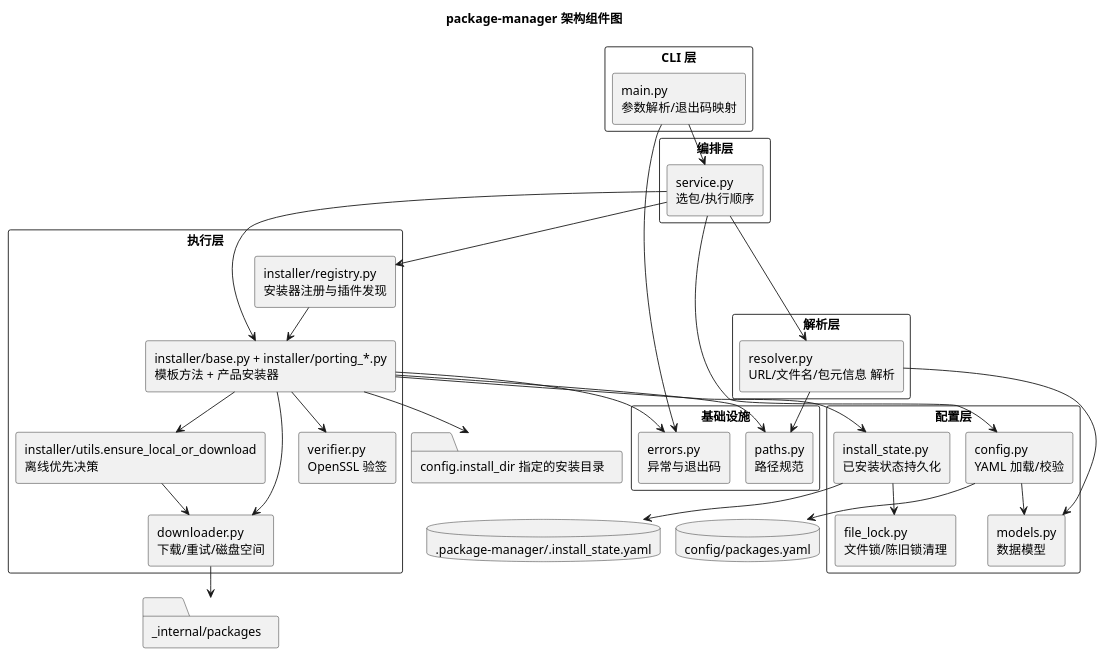
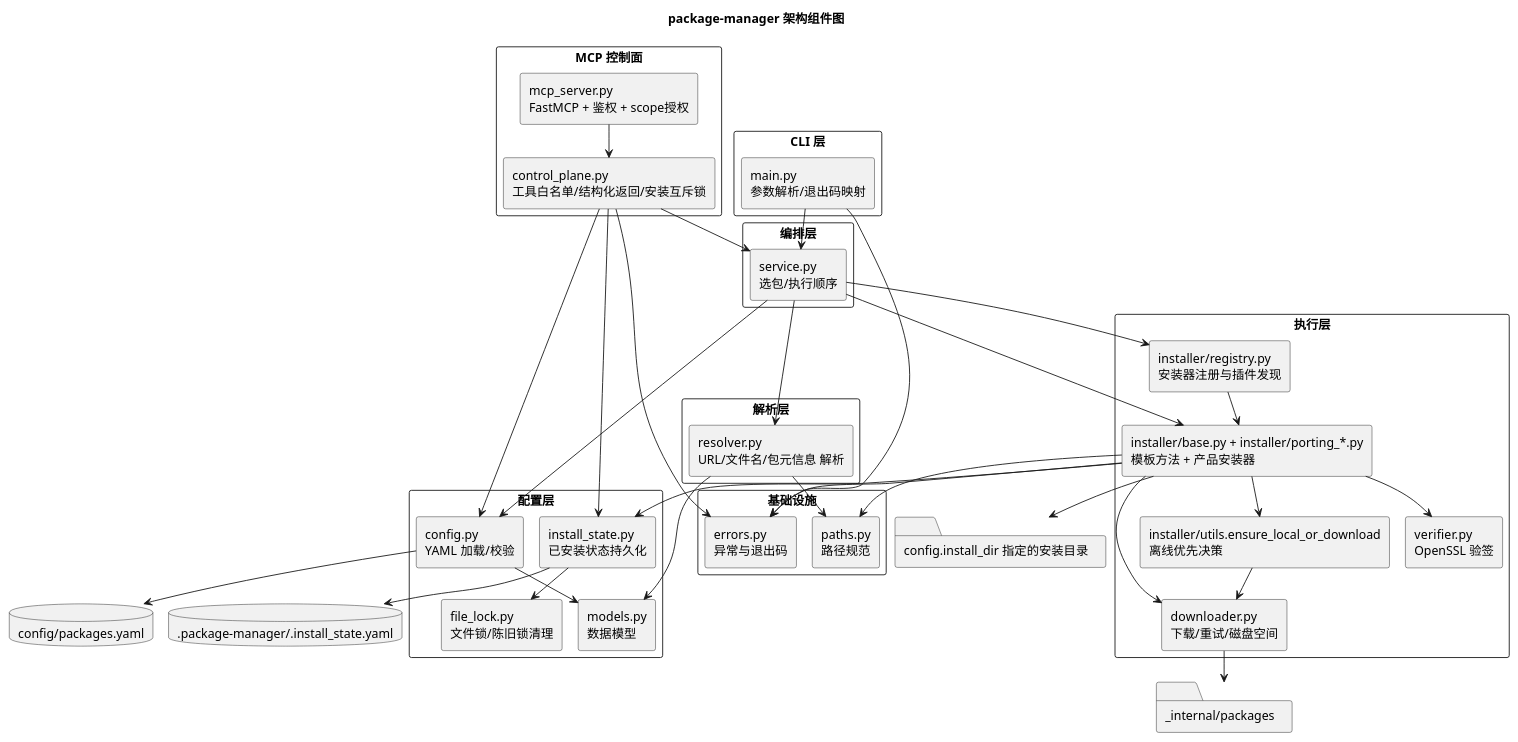
One commit to F350150/package changed the diagram in docs/puml/architecture_component.puml. Above: the diagram before and after it, drawn with PlantUML. The commit also changed 22 other files, not shown here.

```diff
--- a/docs/puml/architecture_component.puml
+++ b/docs/puml/architecture_component.puml
@@ -1,72 +1,82 @@
 @startuml
 !pragma layout smetana
 skinparam componentStyle rectangle
 skinparam packageStyle rectangle
 
 title package-manager 架构组件图
 
 package "CLI 层" {
   [main.py\n参数解析/退出码映射]
+}
+
+package "MCP 控制面" {
+  [mcp_server.py\nFastMCP + 鉴权 + scope授权]
+  [control_plane.py\n工具白名单/结构化返回/安装互斥锁]
 }
 
 package "编排层" {
   [service.py\n选包/执行顺序]
 }
 
 package "配置层" {
   [config.py\nYAML 加载/校验]
   [models.py\n数据模型]
   [install_state.py\n已安装状态持久化]
   [file_lock.py\n文件锁/陈旧锁清理]
 }
 
 package "解析层" {
   [resolver.py\nURL/文件名/包元信息 解析]
 }
 
 package "执行层" {
   [installer/base.py + installer/porting_*.py\n模板方法 + 产品安装器]
   [installer/registry.py\n安装器注册与插件发现]
   [installer/utils.ensure_local_or_download\n离线优先决策]
   [downloader.py\n下载/重试/磁盘空间]
   [verifier.py\nOpenSSL 验签]
 }
 
 package "基础设施" {
   [paths.py\n路径规范]
   [errors.py\n异常与退出码]
 }
 
 database "config/packages.yaml" as yaml
 database ".package-manager/.install_state.yaml" as state
 folder "_internal/packages" as cache
 folder "config.install_dir 指定的安装目录" as install_root
 
 [main.py\n参数解析/退出码映射] --> [service.py\n选包/执行顺序]
+[mcp_server.py\nFastMCP + 鉴权 + scope授权] --> [control_plane.py\n工具白名单/结构化返回/安装互斥锁]
+[control_plane.py\n工具白名单/结构化返回/安装互斥锁] --> [config.py\nYAML 加载/校验]
+[control_plane.py\n工具白名单/结构化返回/安装互斥锁] --> [install_state.py\n已安装状态持久化]
+[control_plane.py\n工具白名单/结构化返回/安装互斥锁] --> [service.py\n选包/执行顺序]
+[control_plane.py\n工具白名单/结构化返回/安装互斥锁] --> [errors.py\n异常与退出码]
 [service.py\n选包/执行顺序] --> [config.py\nYAML 加载/校验]
 [service.py\n选包/执行顺序] --> [resolver.py\nURL/文件名/包元信息 解析]
 [service.py\n选包/执行顺序] --> [installer/registry.py\n安装器注册与插件发现]
 [service.py\n选包/执行顺序] --> [installer/base.py + installer/porting_*.py\n模板方法 + 产品安装器]
 
 [config.py\nYAML 加载/校验] --> [models.py\n数据模型]
 [config.py\nYAML 加载/校验] --> yaml
 [resolver.py\nURL/文件名/包元信息 解析] --> [models.py\n数据模型]
 [resolver.py\nURL/文件名/包元信息 解析] --> [paths.py\n路径规范]
 
 [installer/registry.py\n安装器注册与插件发现] --> [installer/base.py + installer/porting_*.py\n模板方法 + 产品安装器]
 [installer/base.py + installer/porting_*.py\n模板方法 + 产品安装器] --> [install_state.py\n已安装状态持久化]
 [install_state.py\n已安装状态持久化] --> [file_lock.py\n文件锁/陈旧锁清理]
 [installer/base.py + installer/porting_*.py\n模板方法 + 产品安装器] --> [installer/utils.ensure_local_or_download\n离线优先决策]
 [installer/utils.ensure_local_or_download\n离线优先决策] --> [downloader.py\n下载/重试/磁盘空间]
 [installer/base.py + installer/porting_*.py\n模板方法 + 产品安装器] --> [downloader.py\n下载/重试/磁盘空间]
 [installer/base.py + installer/porting_*.py\n模板方法 + 产品安装器] --> [verifier.py\nOpenSSL 验签]
 [installer/base.py + installer/porting_*.py\n模板方法 + 产品安装器] --> [paths.py\n路径规范]
 [installer/base.py + installer/porting_*.py\n模板方法 + 产品安装器] --> [errors.py\n异常与退出码]
 
 [install_state.py\n已安装状态持久化] --> state
 [downloader.py\n下载/重试/磁盘空间] --> cache
 [installer/base.py + installer/porting_*.py\n模板方法 + 产品安装器] --> install_root
 
 [main.py\n参数解析/退出码映射] --> [errors.py\n异常与退出码]
 
 @enduml
```
